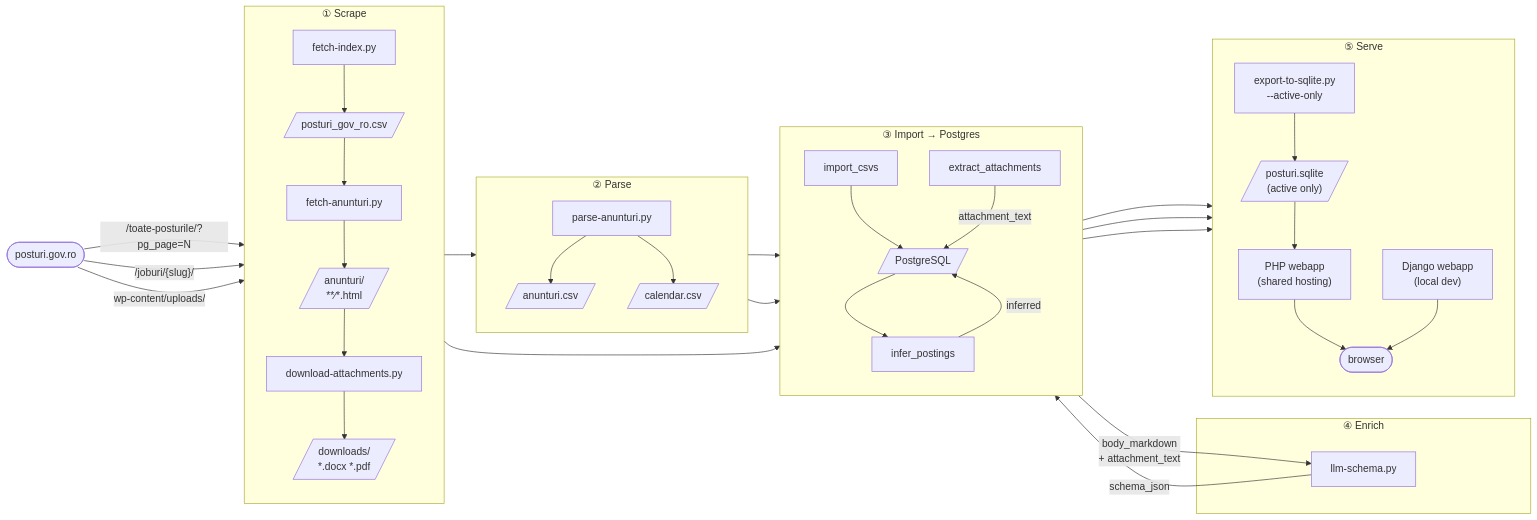
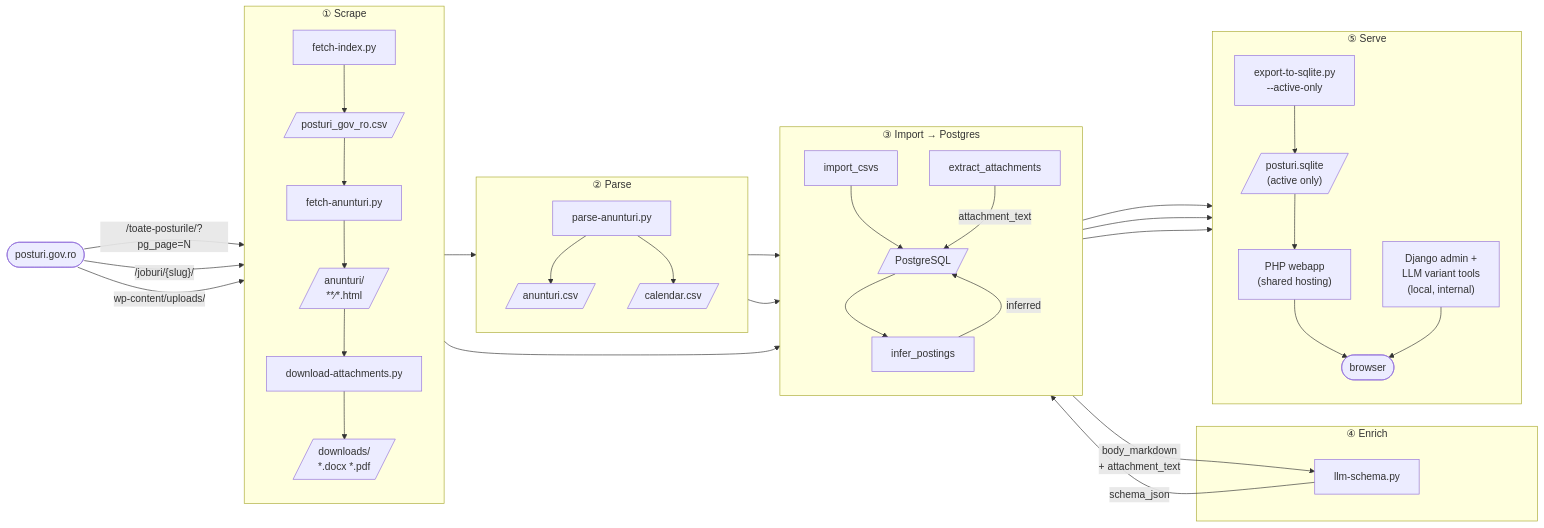
One commit to gov2-ro/posturi.gov.ro changed the diagram in README.md. Above: the diagram before and after it, drawn with Mermaid. The commit also changed other lines of this file and 23 other files, not shown here.

First line of the commit message:
refactor(webapp): retire the Django public UI (FIX-12)

````diff
--- a/README.md
+++ b/README.md
@@ -24,68 +24,68 @@
 ```mermaid
 flowchart LR
     web(["posturi.gov.ro"])
 
     subgraph scrape["① Scrape"]
         direction TB
         fetchIdx["fetch-index.py"]
         indexCSV[/"posturi_gov_ro.csv"/]
         fetchDetail["fetch-anunturi.py"]
         htmlCache[/"anunturi/\n**∕*.html"/]
         download["download-attachments.py"]
         dlFiles[/"downloads/\n*.docx *.pdf"/]
 
         fetchIdx --> indexCSV --> fetchDetail --> htmlCache
         htmlCache --> download --> dlFiles
     end
 
     subgraph parse["② Parse"]
         direction TB
         parseScript["parse-anunturi.py"]
         anunturiCSV[/"anunturi.csv"/]
         calendarCSV[/"calendar.csv"/]
         parseScript --> anunturiCSV & calendarCSV
     end
 
     subgraph db_layer["③ Import → Postgres"]
         direction TB
         importCSVs["import_csvs"]
         extractCmd["extract_attachments"]
         inferCmd["infer_postings"]
         pg[("jobs_jobposting\nbody_markdown\nattachment_text\ninferred JSONB")]
 
         importCSVs --> pg
         extractCmd -->|"attachment_text"| pg
         pg --> inferCmd -->|"inferred"| pg
     end
 
     subgraph enrich["④ Enrich"]
         llmSchema["llm-schema.py"]
     end
 
     subgraph serve["⑤ Serve"]
         direction TB
         pg[/"PostgreSQL"/]
         sqliteExport["export-to-sqlite.py\n--active-only"]
         sqliteDB[/"posturi.sqlite\n(active only)"/]
-        webapp["Django webapp\n(local dev)"]
+        webapp["Django admin +\nLLM variant tools\n(local, internal)"]
         phpApp["PHP webapp\n(shared hosting)"]
         browser(["browser"])
         
         pg --> sqliteExport --> sqliteDB --> phpApp
         pg --> webapp
         phpApp --> browser
         webapp --> browser
     end
 
     web -->|"/toate-posturile/?pg_page=N"| fetchIdx
     web -->|"/joburi/{slug}/"| fetchDetail
     web -->|"wp-content/uploads/"| download
 
     htmlCache --> parseScript
     anunturiCSV & calendarCSV --> importCSVs
     dlFiles --> extractCmd
 
     pg -->|"body_markdown\n+ attachment_text"| llmSchema
     llmSchema -->|"schema_json"| pg
     pg --> webapp
 ```
````
